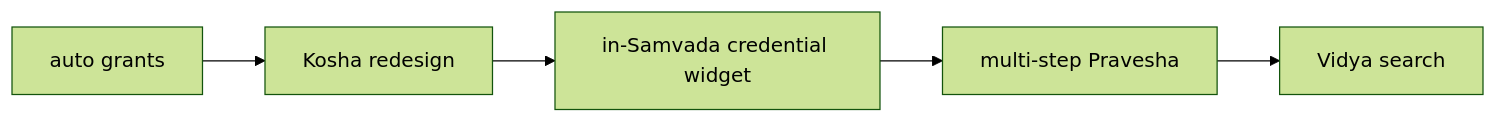
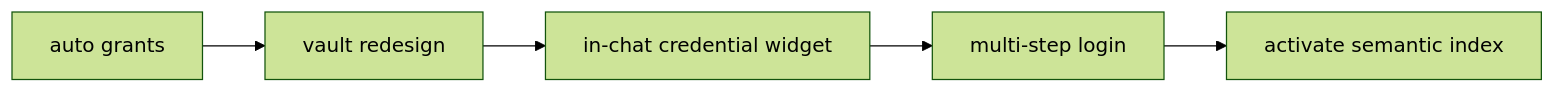
One commit to so-weak/Aakaar changed the first of 5 diagrams in documentation/src/05-Roadmap.md. Above: the diagram before and after it, drawn with Mermaid (forest theme). The commit also changed other lines of this file and 23 other files, not shown here.

````diff
--- a/documentation/src/05-Roadmap.md
+++ b/documentation/src/05-Roadmap.md
@@ -31,7 +31,7 @@
 ```mermaid
 flowchart LR
-  P1A["auto grants"] --> P1B["Kosha redesign"]
-  P1B --> P1C["in-Samvada credential widget"]
-  P1C --> P1D["multi-step Pravesha"]
-  P1D --> P1E["Vidya search"]
+  P1A["auto grants"] --> P1B["vault redesign"]
+  P1B --> P1C["in-chat credential widget"]
+  P1C --> P1D["multi-step login"]
+  P1D --> P1E["activate semantic index"]
 ```
````
